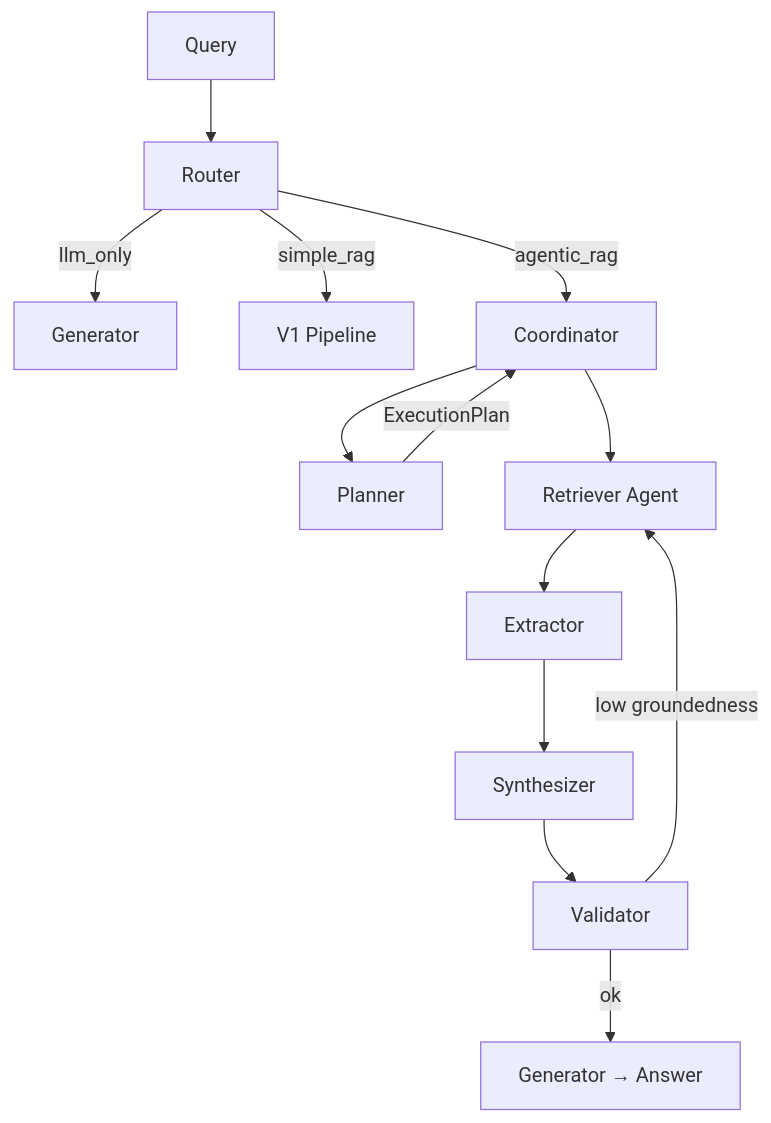
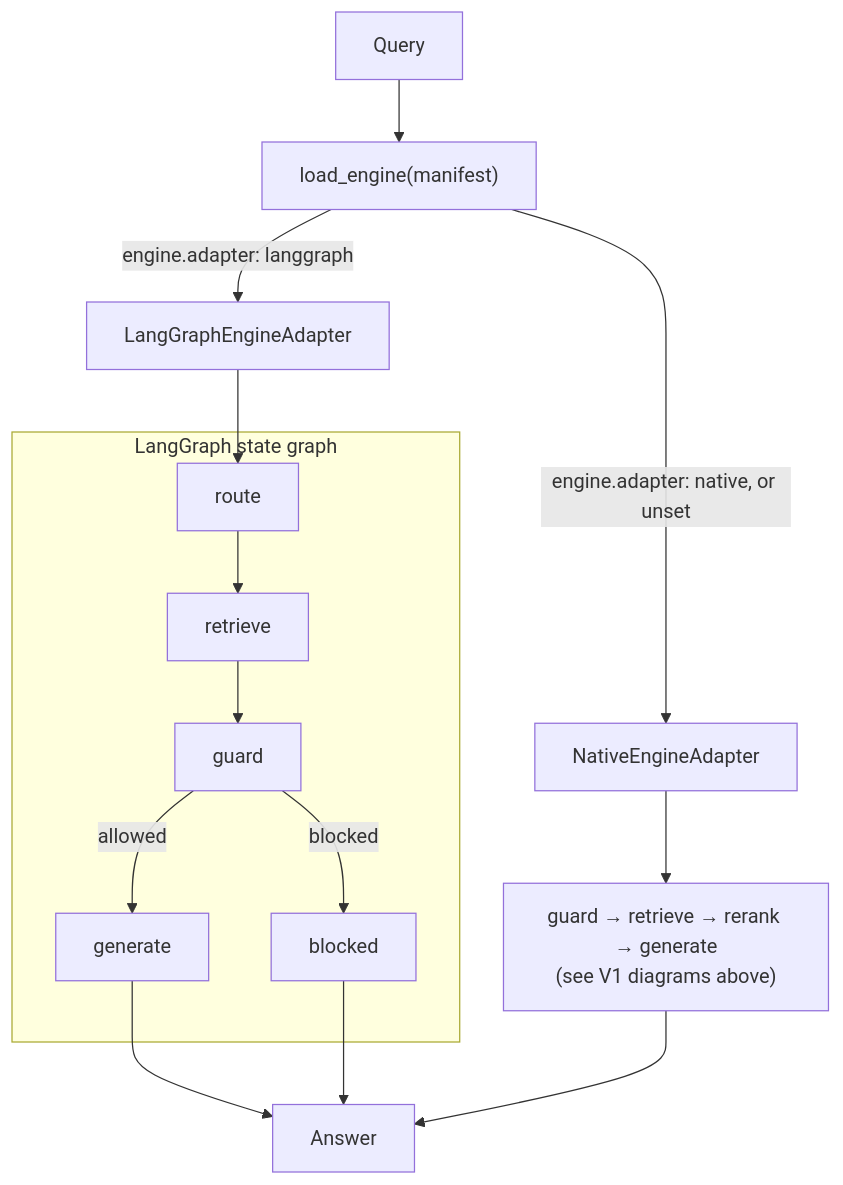
The fourth of 4 diagrams in docs/architecture/runtime-flow.md (HerbertGourout/modular-rag-framework), drawn with Mermaid before and after one commit. The commit also changed other lines of this file and 11 other files, not shown here.

````diff
--- a/docs/architecture/runtime-flow.md
+++ b/docs/architecture/runtime-flow.md
@@ -118,16 +110,19 @@
 ```mermaid
 flowchart TD
-    Q[Query] --> Router
-    Router -->|llm_only| LLM[Generator]
-    Router -->|simple_rag| V1[V1 Pipeline]
-    Router -->|agentic_rag| Coord[Coordinator]
+    Q[Query] --> LE["load_engine(manifest)"]
+    LE -->|engine.adapter: native, or unset| Native[NativeEngineAdapter]
+    LE -->|engine.adapter: langgraph| LG[LangGraphEngineAdapter]
 
-    Coord --> Planner
-    Planner -->|ExecutionPlan| Coord
-    Coord --> RetAgent[Retriever Agent]
-    RetAgent --> Extractor
-    Extractor --> Synthesizer
-    Synthesizer --> Validator
-    Validator -->|low groundedness| RetAgent
-    Validator -->|ok| Output[Generator → Answer]
+    Native --> V1Flow["guard → retrieve → rerank → generate\n(see V1 diagrams above)"]
+
+    subgraph LangGraph state graph
+        Route[route] --> Retrieve[retrieve]
+        Retrieve --> Guard[guard]
+        Guard -->|blocked| Blocked[blocked]
+        Guard -->|allowed| Generate[generate]
+    end
+    LG --> Route
+    Generate --> Ans[Answer]
+    Blocked --> Ans
+    V1Flow --> Ans
 ```
````
